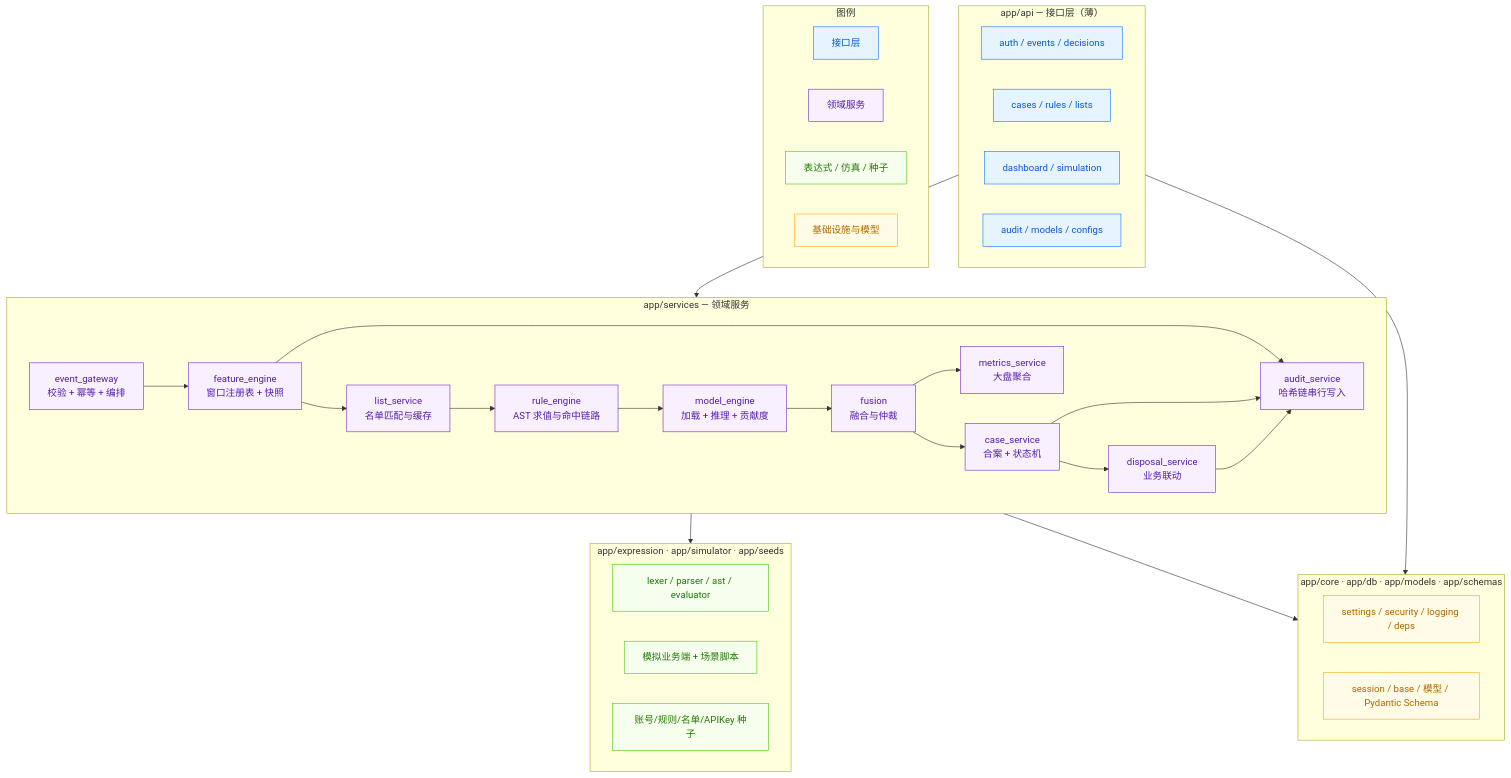
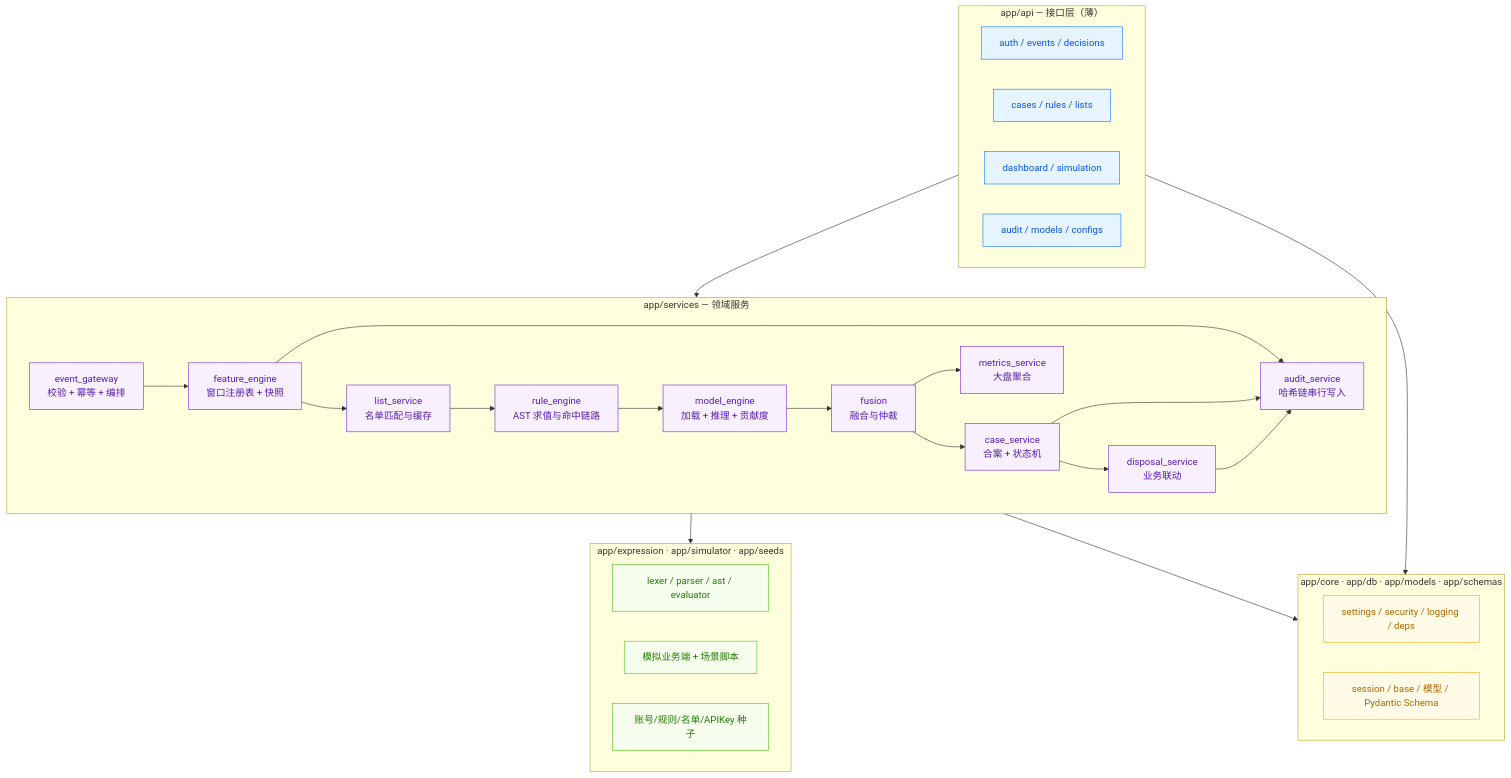
One commit to of53052/commerce-risk-control-system changed the fourth of 13 diagrams in docs/ARCHITECTURE.md. Above: the diagram before and after it, drawn with Mermaid. The commit also changed other lines of this file and 1 other file, not shown here.

Commit message:
docs: 图例统一到配色规范表，移除图内图例子图（确保单图节点数不超上限）

````diff
--- a/docs/ARCHITECTURE.md
+++ b/docs/ARCHITECTURE.md
@@ -209,61 +203,54 @@
 ```mermaid
 flowchart TD
   subgraph api["app/api — 接口层（薄）"]
     A1["auth / events / decisions"]
     A2["cases / rules / lists"]
     A3["dashboard / simulation"]
     A4["audit / models / configs"]
   end
 
   subgraph services["app/services — 领域服务"]
     S1["event_gateway<br/>校验 + 幂等 + 编排"]
     S2["feature_engine<br/>窗口注册表 + 快照"]
     S3["list_service<br/>名单匹配与缓存"]
     S4["rule_engine<br/>AST 求值与命中链路"]
     S5["model_engine<br/>加载 + 推理 + 贡献度"]
     S6["fusion<br/>融合与仲裁"]
     S7["case_service<br/>合案 + 状态机"]
     S8["disposal_service<br/>业务联动"]
     S9["audit_service<br/>哈希链串行写入"]
     S10["metrics_service<br/>大盘聚合"]
   end
 
   subgraph domain["app/expression · app/simulator · app/seeds"]
     E1["lexer / parser / ast / evaluator"]
     E2["模拟业务端 + 场景脚本"]
     E3["账号/规则/名单/APIKey 种子"]
   end
 
   subgraph infra2["app/core · app/db · app/models · app/schemas"]
     I1["settings / security / logging / deps"]
     I2["session / base / 模型 / Pydantic Schema"]
   end
 
   api --> services
   services --> domain
   services --> infra2
   api --> infra2
   S1 --> S2 --> S3 --> S4 --> S5 --> S6
   S6 --> S7
   S7 --> S8
   S2 --> S9
   S7 --> S9
   S8 --> S9
   S6 --> S10
 
-  subgraph legend2["图例"]
-    LEG_API["接口层"]
-    LEG_SVC["领域服务"]
-    LEG_DOM["表达式 / 仿真 / 种子"]
-    LEG_INF["基础设施与模型"]
-  end
-
   classDef api fill:#e6f4ff,stroke:#1677ff,color:#0958d9
   classDef svc fill:#f9f0ff,stroke:#722ed1,color:#531dab
   classDef dom fill:#f6ffed,stroke:#52c41a,color:#237804
   classDef inf fill:#fffbe6,stroke:#faad14,color:#ad6800
-  class A1,A2,A3,A4,LEG_API api
-  class S1,S2,S3,S4,S5,S6,S7,S8,S9,S10,LEG_SVC svc
-  class E1,E2,E3,LEG_DOM dom
-  class I1,I2,LEG_INF inf
+  class A1,A2,A3,A4 api
+  class S1,S2,S3,S4,S5,S6,S7,S8,S9,S10 svc
+  class E1,E2,E3 dom
+  class I1,I2 inf
 ```
````
